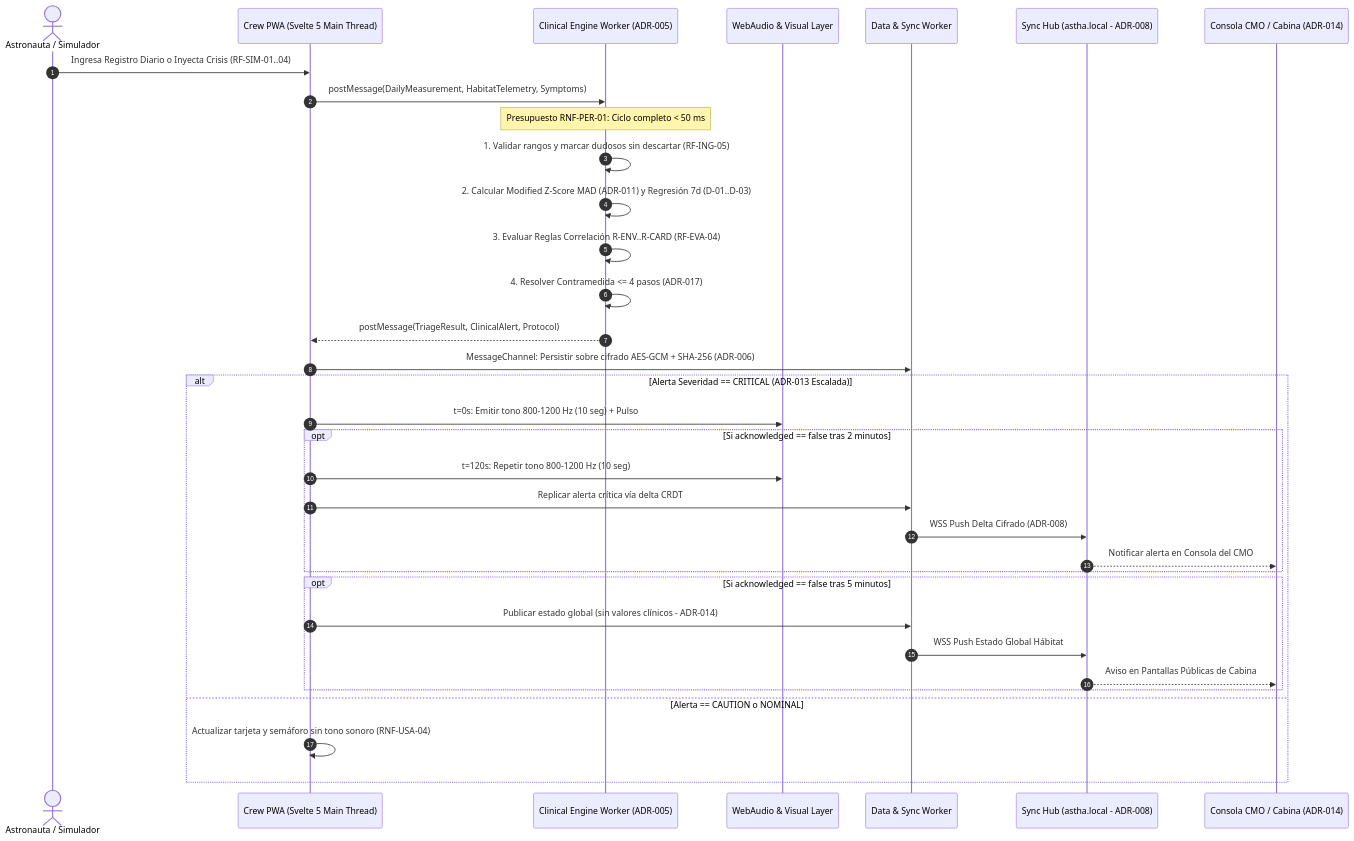
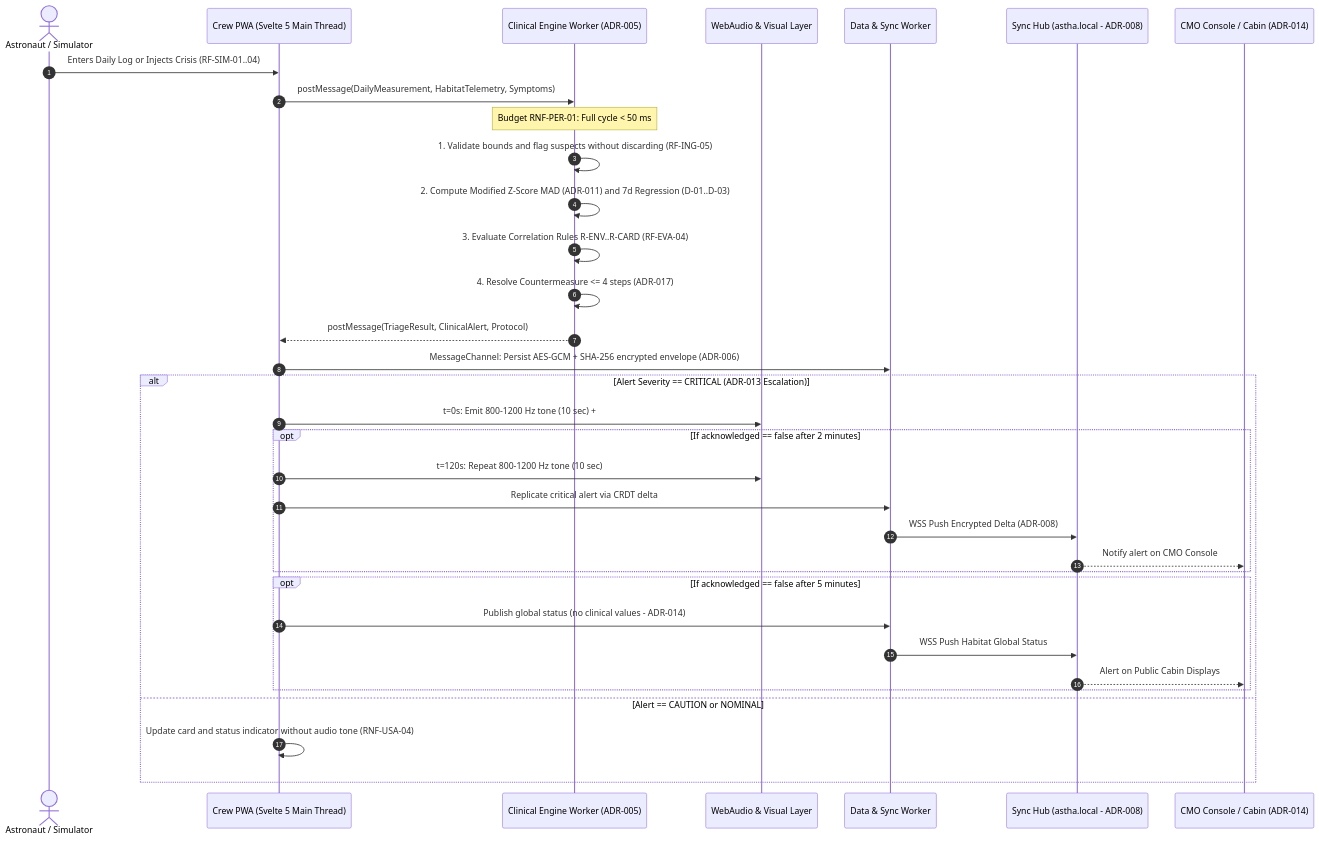
Before and after one commit to angelcontres/ASTHA-SpaceApps: the first of 3 diagrams in docs/SDD/03-Diagramas-de-Secuencia-UML.md, drawn with Mermaid. The commit also changed other lines of this file and 46 other files, not shown here.

````diff
--- a/docs/SDD/03-Diagramas-de-Secuencia-UML.md
+++ b/docs/SDD/03-Diagramas-de-Secuencia-UML.md
@@ -11,42 +11,42 @@
 ```mermaid
 sequenceDiagram
     autonumber
-    actor Crew as Astronauta / Simulador
+    actor Crew as Astronaut / Simulator
     participant UI as Crew PWA (Svelte 5 Main Thread)
     participant Engine as Clinical Engine Worker (ADR-005)
     participant Audio as WebAudio & Visual Layer
     participant DataW as Data & Sync Worker
     participant Hub as Sync Hub (astha.local - ADR-008)
-    participant CMO as Consola CMO / Cabina (ADR-014)
+    participant CMO as CMO Console / Cabin (ADR-014)
 
-    Crew->>UI: Ingresa Registro Diario o Inyecta Crisis (RF-SIM-01..04)
+    Crew->>UI: Enters Daily Log or Injects Crisis (RF-SIM-01..04)
     UI->>Engine: postMessage(DailyMeasurement, HabitatTelemetry, Symptoms)
     
-    Note over Engine: Presupuesto RNF-PER-01: Ciclo completo < 50 ms
-    Engine->>Engine: 1. Validar rangos y marcar dudosos sin descartar (RF-ING-05)
-    Engine->>Engine: 2. Calcular Modified Z-Score MAD (ADR-011) y Regresión 7d (D-01..D-03)
-    Engine->>Engine: 3. Evaluar Reglas Correlación R-ENV..R-CARD (RF-EVA-04)
-    Engine->>Engine: 4. Resolver Contramedida <= 4 pasos (ADR-017)
+    Note over Engine: Budget RNF-PER-01: Full cycle < 50 ms
+    Engine->>Engine: 1. Validate bounds and flag suspects without discarding (RF-ING-05)
+    Engine->>Engine: 2. Compute Modified Z-Score MAD (ADR-011) and 7d Regression (D-01..D-03)
+    Engine->>Engine: 3. Evaluate Correlation Rules R-ENV..R-CARD (RF-EVA-04)
+    Engine->>Engine: 4. Resolve Countermeasure <= 4 steps (ADR-017)
 
     Engine-->>UI: postMessage(TriageResult, ClinicalAlert, Protocol)
-    UI->>DataW: MessageChannel: Persistir sobre cifrado AES-GCM + SHA-256 (ADR-006)
+    UI->>DataW: MessageChannel: Persist AES-GCM + SHA-256 encrypted envelope (ADR-006)
 
-    alt Alerta Severidad == CRITICAL (ADR-013 Escalada)
-        UI->>Audio: t=0s: Emitir tono 800-1200 Hz (10 seg) + Pulso #ef4444 / Texto #fca5a5 (ADR-018)
+    alt Alert Severity == CRITICAL (ADR-013 Escalation)
+        UI->>Audio: t=0s: Emit 800-1200 Hz tone (10 sec) + #ef4444 Pulse / #fca5a5 Text (ADR-018)
         
-        opt Si acknowledged == false tras 2 minutos
-            UI->>Audio: t=120s: Repetir tono 800-1200 Hz (10 seg)
-            UI->>DataW: Replicar alerta crítica vía delta CRDT
-            DataW->>Hub: WSS Push Delta Cifrado (ADR-008)
-            Hub-->>CMO: Notificar alerta en Consola del CMO
+        opt If acknowledged == false after 2 minutes
+            UI->>Audio: t=120s: Repeat 800-1200 Hz tone (10 sec)
+            UI->>DataW: Replicate critical alert via CRDT delta
+            DataW->>Hub: WSS Push Encrypted Delta (ADR-008)
+            Hub-->>CMO: Notify alert on CMO Console
         end
 
-        opt Si acknowledged == false tras 5 minutos
-            UI->>DataW: Publicar estado global (sin valores clínicos - ADR-014)
-            DataW->>Hub: WSS Push Estado Global Hábitat
-            Hub-->>CMO: Aviso en Pantallas Públicas de Cabina
+        opt If acknowledged == false after 5 minutes
+            UI->>DataW: Publish global status (no clinical values - ADR-014)
+            DataW->>Hub: WSS Push Habitat Global Status
+            Hub-->>CMO: Alert on Public Cabin Displays
         end
-    else Alerta == CAUTION o NOMINAL
-        UI->>UI: Actualizar tarjeta y semáforo sin tono sonoro (RNF-USA-04)
+    else Alert == CAUTION or NOMINAL
+        UI->>UI: Update card and status indicator without audio tone (RNF-USA-04)
     end
 ```
````
